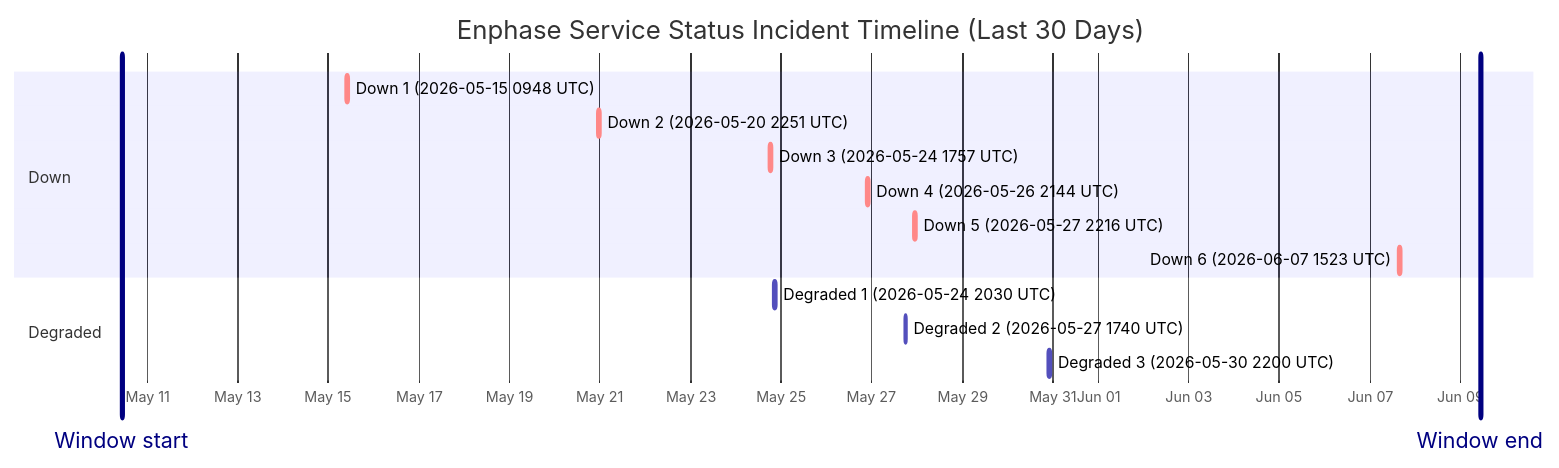
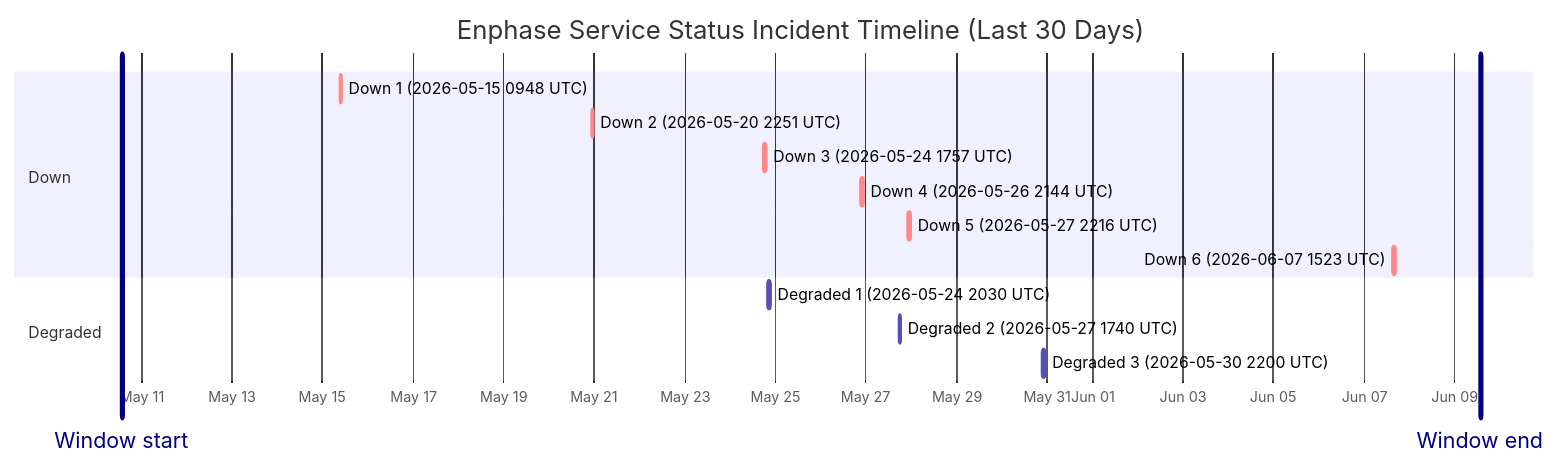
The diagram in wiki/Service-Status-History.md (barneyonline/ha-enphase-energy), drawn with Mermaid before and after one commit. The commit also changed other lines of this file and 3 other files, not shown here.

````diff
--- a/wiki/Service-Status-History.md
+++ b/wiki/Service-Status-History.md
@@ -14,19 +14,19 @@
 ```mermaid
 gantt
     title Enphase Service Status Incident Timeline (Last 30 Days)
     dateFormat  YYYY-MM-DDTHH:mm:ss
     axisFormat  %b %d
-    Window start :vert, window-start, 2026-05-10T10:33:46, 0ms
-    Window end :vert, window-end, 2026-06-09T10:33:46, 0ms
+    Window start :vert, window-start, 2026-05-10T13:43:36, 0ms
+    Window end :vert, window-end, 2026-06-09T13:43:36, 0ms
     section Down
     Down 1 (2026-05-15 0948 UTC) :crit, down-1, 2026-05-15T09:48:18, 60m
     Down 2 (2026-05-20 2251 UTC) :crit, down-2, 2026-05-20T22:51:14, 75m
     Down 3 (2026-05-24 1757 UTC) :crit, down-3, 2026-05-24T17:57:41, 86m
     Down 4 (2026-05-26 2144 UTC) :crit, down-4, 2026-05-26T21:44:11, 85m
     Down 5 (2026-05-27 2216 UTC) :crit, down-5, 2026-05-27T22:16:53, 87m
     Down 6 (2026-06-07 1523 UTC) :crit, down-6, 2026-06-07T15:23:22, 87m
     section Degraded
     Degraded 1 (2026-05-24 2030 UTC) :active, degraded-1, 2026-05-24T20:30:57, 84m
     Degraded 2 (2026-05-27 1740 UTC) :active, degraded-2, 2026-05-27T17:40:52, 60m
     Degraded 3 (2026-05-30 2200 UTC) :active, degraded-3, 2026-05-30T22:00:37, 60m
 ```
````
